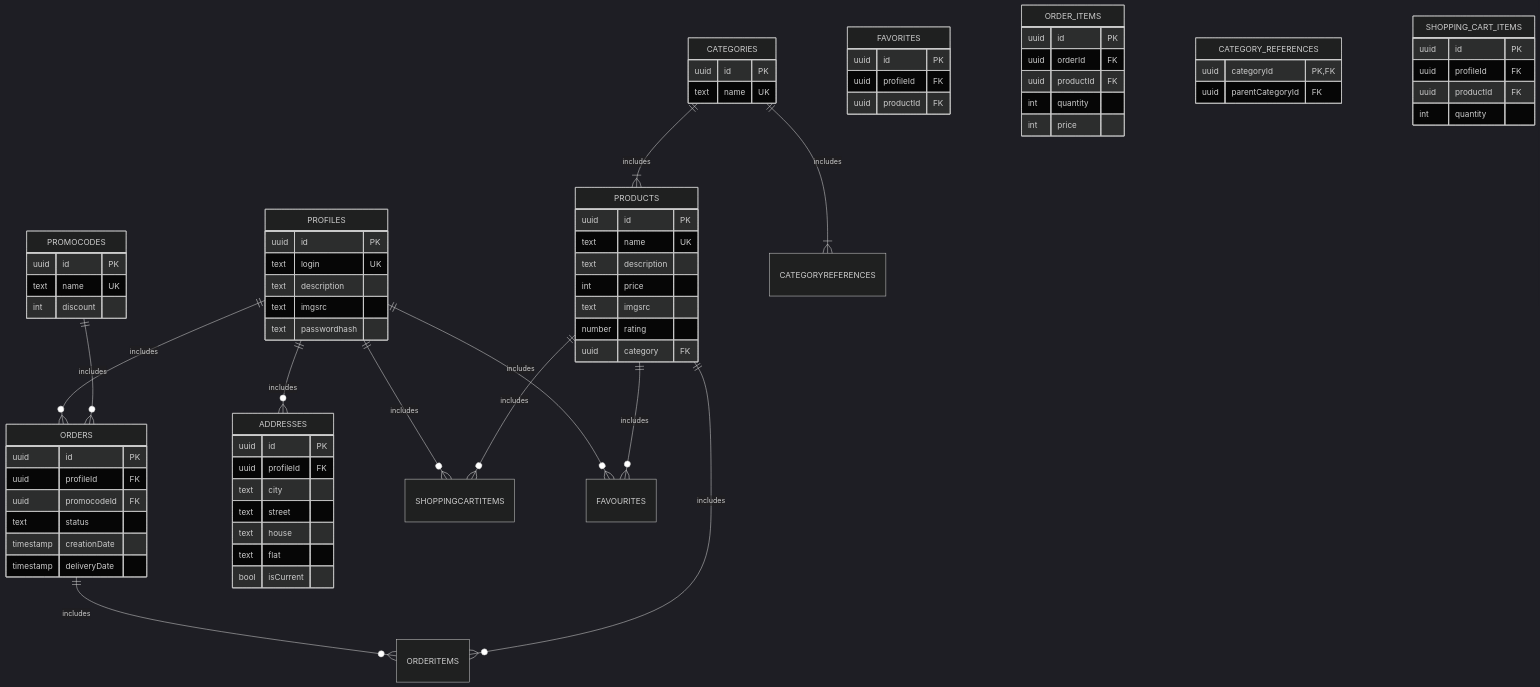
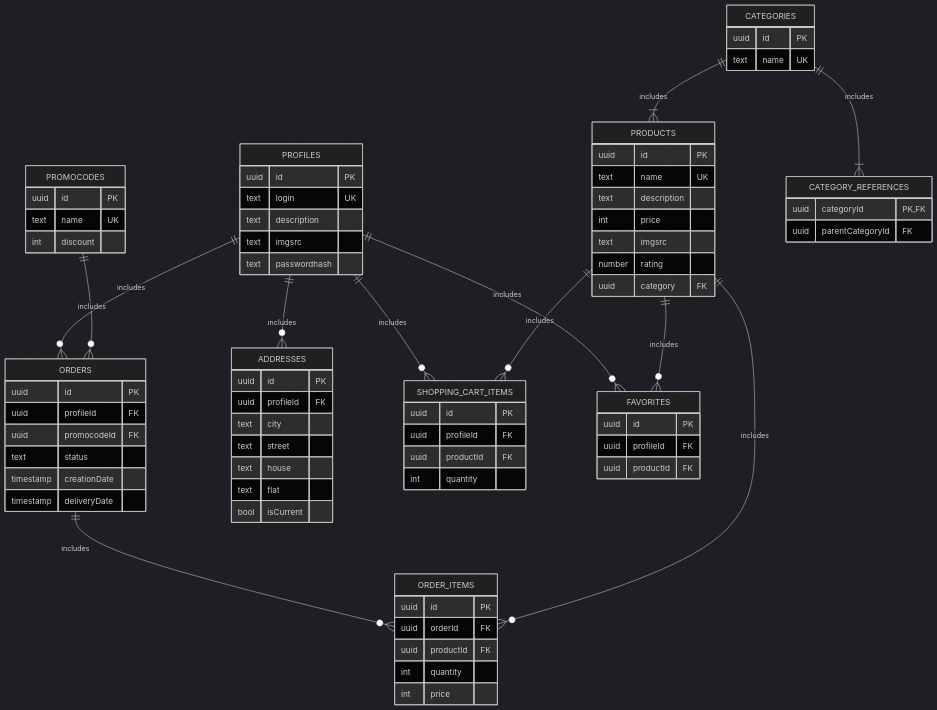
The diagram in db/normalized/relations.md (go-park-mail-ru/2023_2_potatiki), drawn with Mermaid (dark theme) before and after one commit.

```diff
--- a/db/normalized/relations.md
+++ b/db/normalized/relations.md
@@ -40,18 +40,18 @@
 erDiagram
     PROFILES ||--o{ ORDERS : includes
     PROFILES ||--o{ ADDRESSES : includes
-    PROFILES ||--o{ SHOPPINGCARTITEMS : includes
-    PROFILES ||--o{ FAVOURITES : includes
+    PROFILES ||--o{ SHOPPING_CART_ITEMS : includes
+    PROFILES ||--o{ FAVORITES : includes
     
     PROMOCODES ||--o{ ORDERS : includes
-    ORDERS ||--o{ ORDERITEMS : includes
+    ORDERS ||--o{ ORDER_ITEMS : includes
 
-    PRODUCTS ||--o{ ORDERITEMS : includes
-    PRODUCTS ||--o{ SHOPPINGCARTITEMS : includes
+    PRODUCTS ||--o{ ORDER_ITEMS : includes
+    PRODUCTS ||--o{ SHOPPING_CART_ITEMS : includes
     CATEGORIES ||--|{ PRODUCTS : includes
-    PRODUCTS ||--o{ FAVOURITES : includes
+    PRODUCTS ||--o{ FAVORITES : includes
 
-    CATEGORIES ||--|{ CATEGORYREFERENCES : includes
+    CATEGORIES ||--|{ CATEGORY_REFERENCES : includes
 
     PROFILES {
         uuid id PK
```
